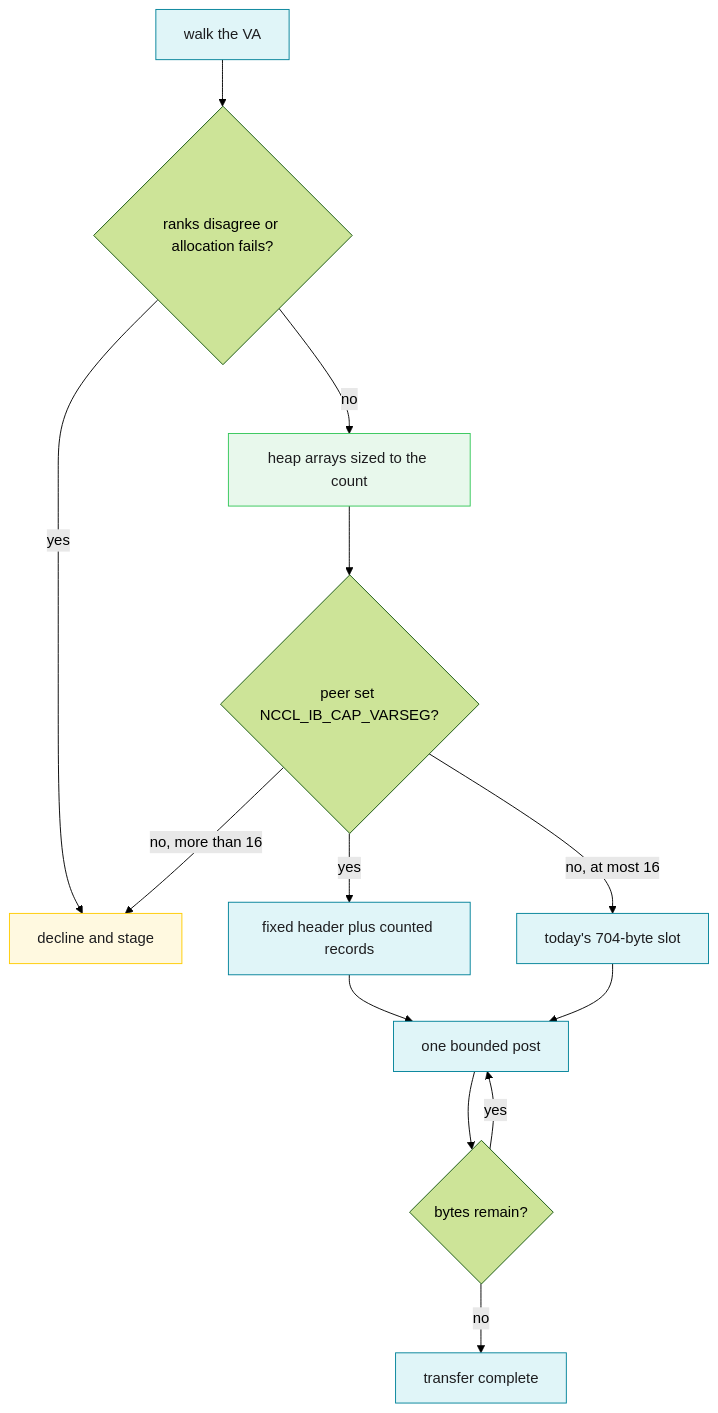
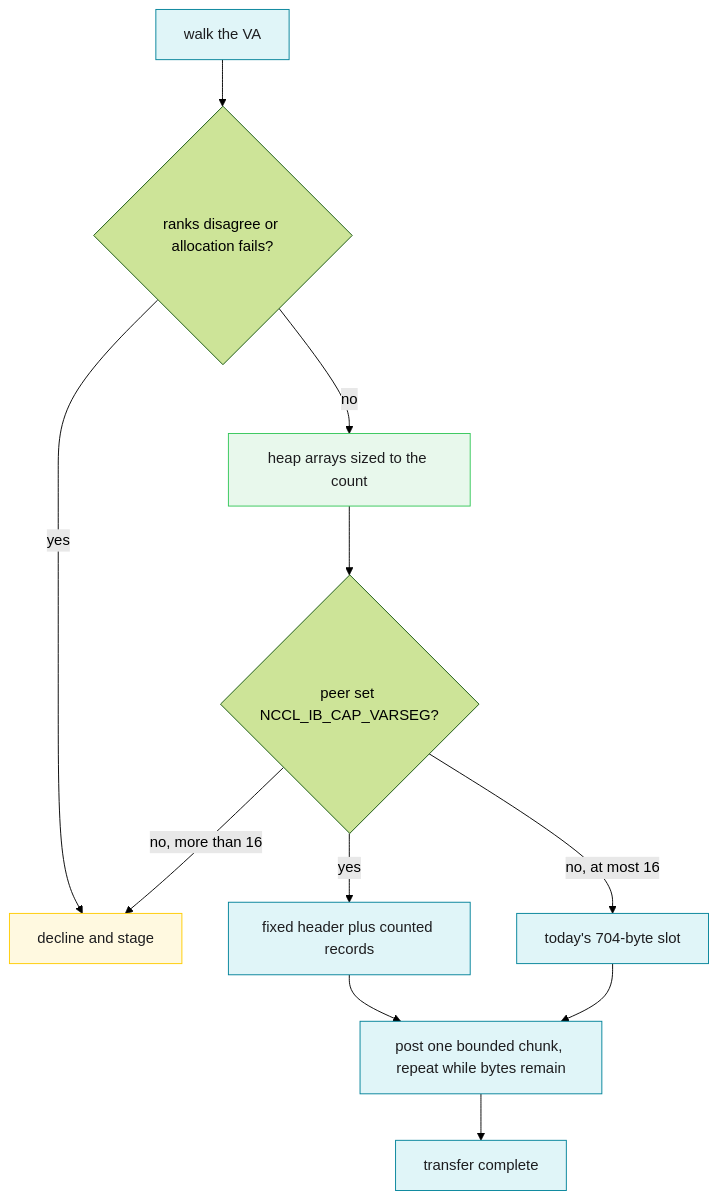
One commit to ROCm/rocm-systems changed the second of 3 diagrams in projects/rccl/docs/design/multi_segment_varseg.md. Above: the diagram before and after it, drawn with Mermaid (forest theme). The commit also changed other lines of this file and 18 other files, not shown here.

First line of the commit message:
docs: add new design diagrams and an AMD-style book build

````diff
--- a/projects/rccl/docs/design/multi_segment_varseg.md
+++ b/projects/rccl/docs/design/multi_segment_varseg.md
@@ -37,21 +38,20 @@
 ```mermaid
+%% caption: Proposed design past 16 segments: counted records behind a capability bit
 flowchart TD
   walk["walk the VA"] --> n{"ranks disagree or allocation fails?"}
   n -->|yes| stage["decline and stage"]
   n -->|no| heap["heap arrays sized to the count"]
   heap --> bit{"peer set NCCL_IB_CAP_VARSEG?"}
   bit -->|"no, at most 16"| old["today's 704-byte slot"]
   bit -->|"no, more than 16"| stage
   bit -->|yes| rec["fixed header plus counted records"]
-  rec --> post["one bounded post"]
+  rec --> post["post one bounded chunk, repeat while bytes remain"]
   old --> post
-  post --> left{"bytes remain?"}
-  left -->|yes| post
-  left -->|no| done["transfer complete"]
+  post --> done["transfer complete"]
   classDef netib fill:#e0f5f8,stroke:#008299,color:#1d1d1f
   classDef okpath fill:#e8f8ec,stroke:#34c759,color:#1d1d1f
   classDef stagepath fill:#fff9e0,stroke:#ffcc00,color:#1d1d1f
   class walk,old,rec,post,done netib
   class heap okpath
   class stage stagepath
 ```
````
